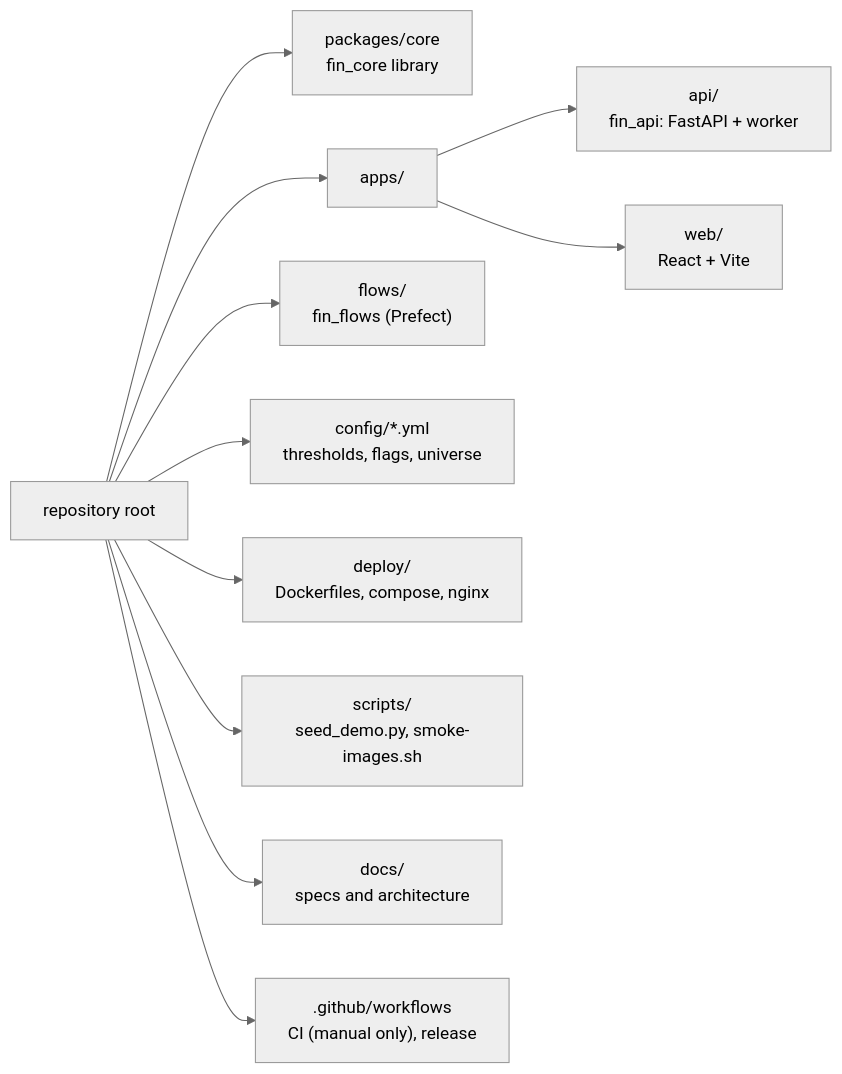
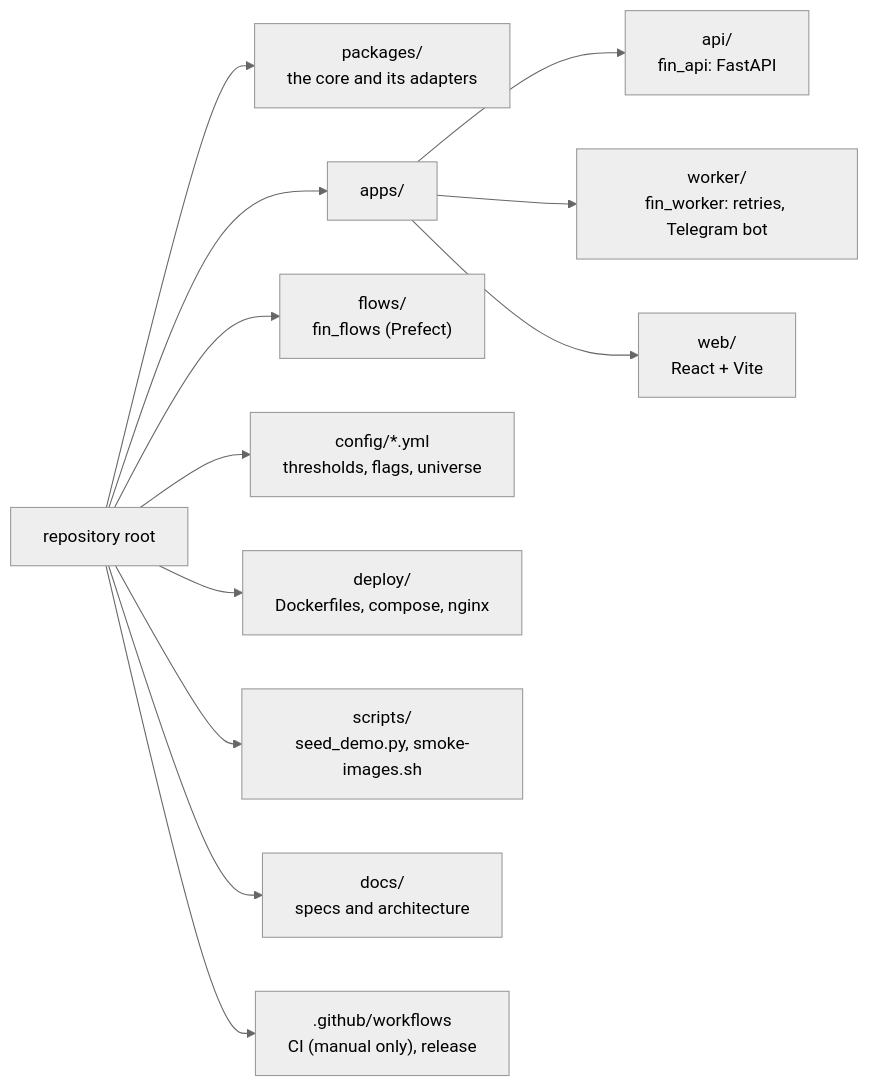
Before and after one commit to festei/fin_app: the first of 2 diagrams in docs/architecture/02-repository-map.md, drawn with Mermaid (neutral theme). The commit also changed other lines of this file and 77 other files, not shown here.

````diff
--- a/docs/architecture/02-repository-map.md
+++ b/docs/architecture/02-repository-map.md
@@ -5,14 +5,15 @@
 ```mermaid
 flowchart LR
   root["repository root"]
-  root --> pkg["packages/core<br/>fin_core library"]
+  root --> pkg["packages/<br/>the core and its adapters"]
   root --> apps["apps/"]
   root --> flw["flows/<br/>fin_flows (Prefect)"]
   root --> cfg["config/*.yml<br/>thresholds, flags, universe"]
   root --> dep["deploy/<br/>Dockerfiles, compose, nginx"]
   root --> scr["scripts/<br/>seed_demo.py, smoke-images.sh"]
   root --> doc["docs/<br/>specs and architecture"]
   root --> gh[".github/workflows<br/>CI (manual only), release"]
-  apps --> api["api/<br/>fin_api: FastAPI + worker"]
+  apps --> api["api/<br/>fin_api: FastAPI"]
+  apps --> wk["worker/<br/>fin_worker: retries, Telegram bot"]
   apps --> web["web/<br/>React + Vite"]
 ```
````
